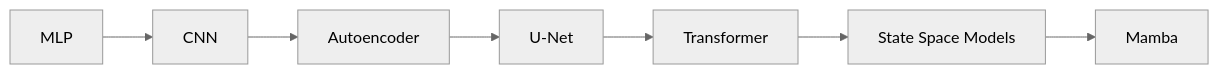
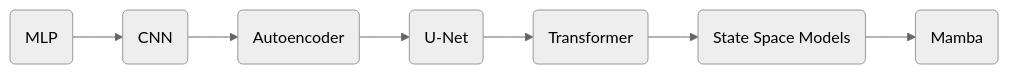
Before and after one commit to ignacio-scarinci/ia-fisica-medica: the first of 8 diagrams in unidad1/clase3.qmd, drawn with Mermaid (neutral theme). The commit also changed other lines of this file and 26 other files, not shown here.

````diff
--- a/unidad1/clase3.qmd
+++ b/unidad1/clase3.qmd
@@ -44,11 +44,12 @@
 ```{mermaid}
 %%| echo: false
 
 flowchart LR
-    A[MLP] --> B[CNN]
-    B --> C[Autoencoder]
-    C --> D[U-Net]
-    D --> E[Transformer]
-    E --> F[State Space Models]
-    F --> G[Mamba]
+    A(MLP) -->
+    B(CNN) -->
+    C(Autoencoder) -->
+    D(U-Net) -->
+    E(Transformer) -->
+    F(State Space Models) -->
+    G(Mamba) 
 ```
````
